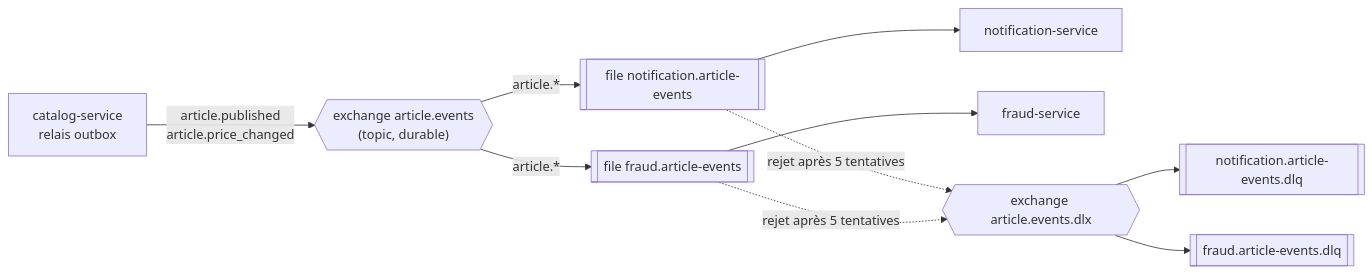
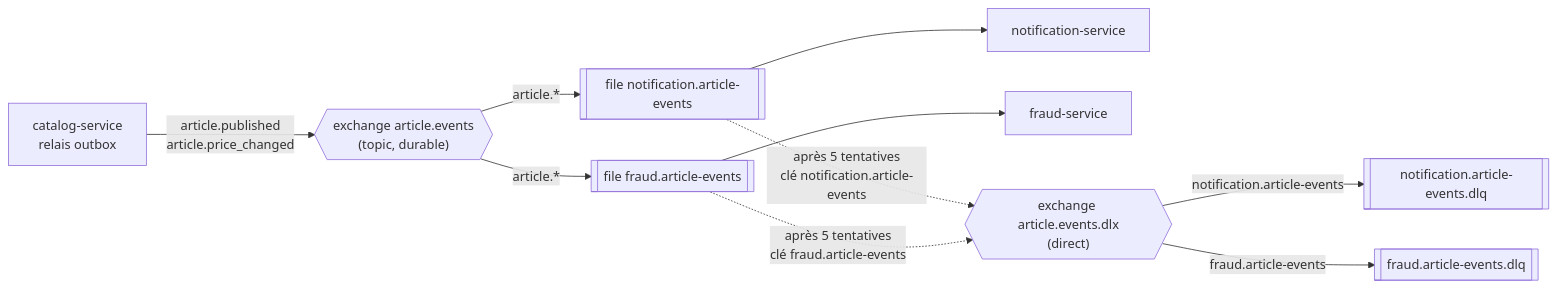
The first of 4 diagrams in docs/02-architecture/contrats.md (Luucaaas/collector-poc), drawn with Mermaid before and after one commit. The commit also changed other lines of this file and 28 other files, not shown here.

````diff
--- a/docs/02-architecture/contrats.md
+++ b/docs/02-architecture/contrats.md
@@ -166,13 +172,13 @@
 ```mermaid
 flowchart LR
     %% id: topologie-rabbitmq
     C[catalog-service<br/>relais outbox] -- "article.published<br/>article.price_changed" --> X{{"exchange article.events<br/>(topic, durable)"}}
     X -- "article.*" --> QN[["file notification.article-events"]]
     X -- "article.*" --> QF[["file fraud.article-events"]]
     QN --> N[notification-service]
     QF --> F[fraud-service]
-    QN -. "rejet après 5 tentatives" .-> DLX{{"exchange article.events.dlx"}}
-    QF -. "rejet après 5 tentatives" .-> DLX
-    DLX --> DQN[["notification.article-events.dlq"]]
-    DLX --> DQF[["fraud.article-events.dlq"]]
+    QN -. "après 5 tentatives<br/>clé notification.article-events" .-> DLX{{"exchange article.events.dlx<br/>(direct)"}}
+    QF -. "après 5 tentatives<br/>clé fraud.article-events" .-> DLX
+    DLX -- "notification.article-events" --> DQN[["notification.article-events.dlq"]]
+    DLX -- "fraud.article-events" --> DQF[["fraud.article-events.dlq"]]
 ```
````
